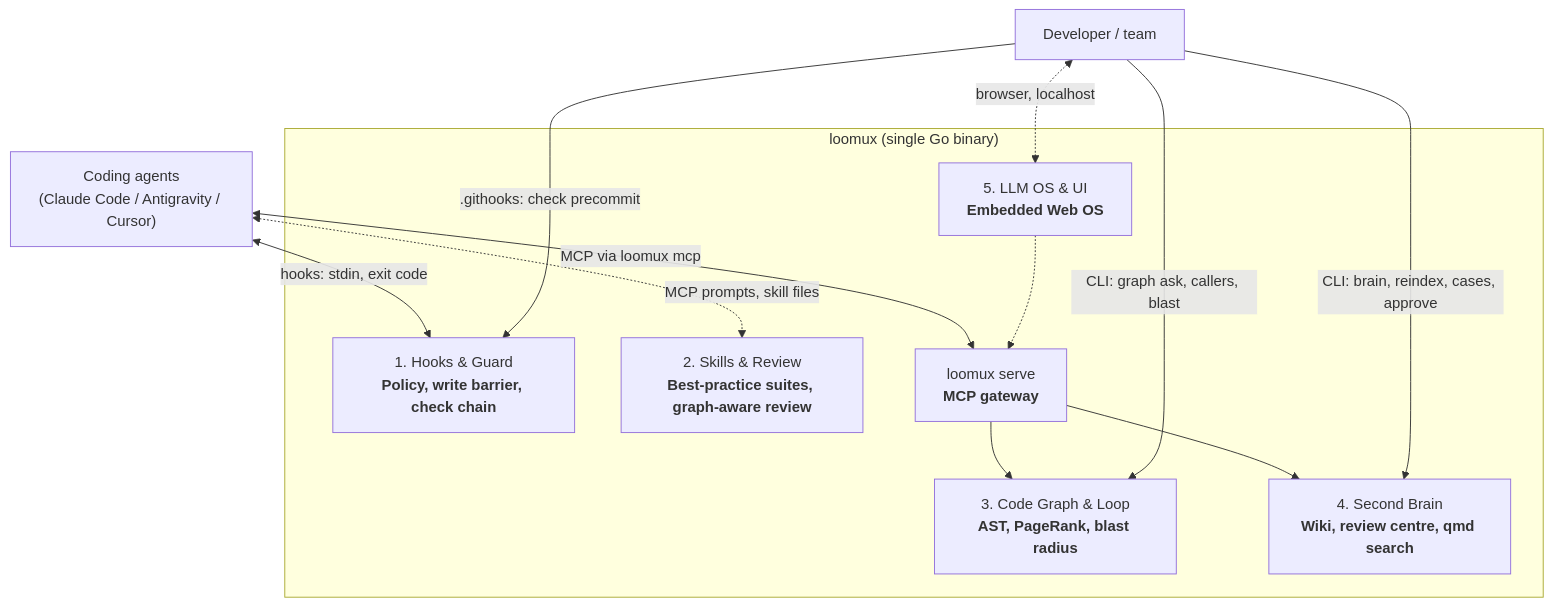
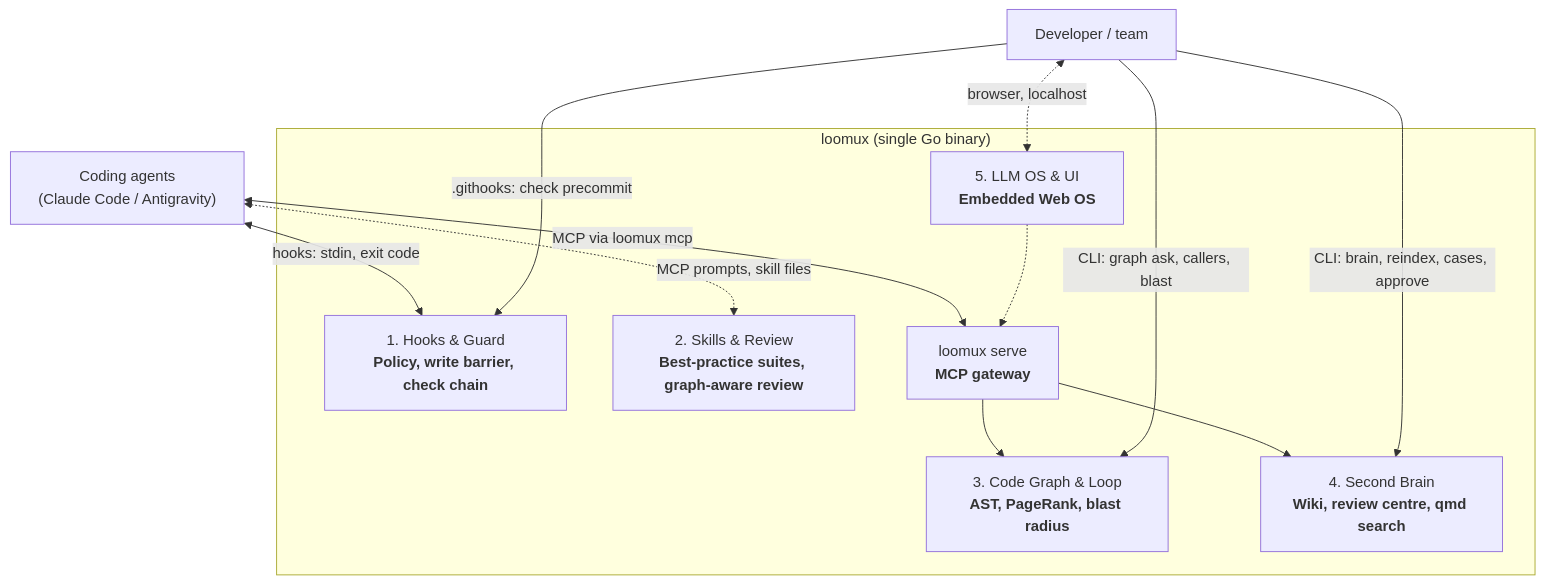
Before and after one commit to xidus90/loomux: the first of 3 diagrams in README.md, drawn with Mermaid. The commit also changed other lines of this file and 18 other files, not shown here.

````diff
--- a/README.md
+++ b/README.md
@@ -21,25 +21,25 @@
 ```mermaid
 flowchart TD
     subgraph Core["loomux (single Go binary)"]
         P1["1. Hooks & Guard<br/><b>Policy, write barrier, check chain</b>"]
         P2["2. Skills & Review<br/><b>Best-practice suites, graph-aware review</b>"]
         P3["3. Code Graph & Loop<br/><b>AST, PageRank, blast radius</b>"]
         P4["4. Second Brain<br/><b>Wiki, review centre, qmd search</b>"]
         P5["5. LLM OS & UI<br/><b>Embedded Web OS</b>"]
         Serve["loomux serve<br/><b>MCP gateway</b>"]
     end
 
-    Agents["Coding agents<br/>(Claude Code / Antigravity / Cursor)"]
+    Agents["Coding agents<br/>(Claude Code / Antigravity)"]
     Human["Developer / team"]
 
     Agents <--> |"hooks: stdin, exit code"| P1
     Agents <--> |"MCP via loomux mcp"| Serve
     Serve --> P3
     Serve --> P4
     Agents <-.-> |"MCP prompts, skill files"| P2
     Human --> |".githooks: check precommit"| P1
     Human --> |"CLI: graph ask, callers, blast"| P3
     Human --> |"CLI: brain, reindex, cases, approve"| P4
     Human <-.-> |"browser, localhost"| P5
     P5 -.-> Serve
 ```
````
